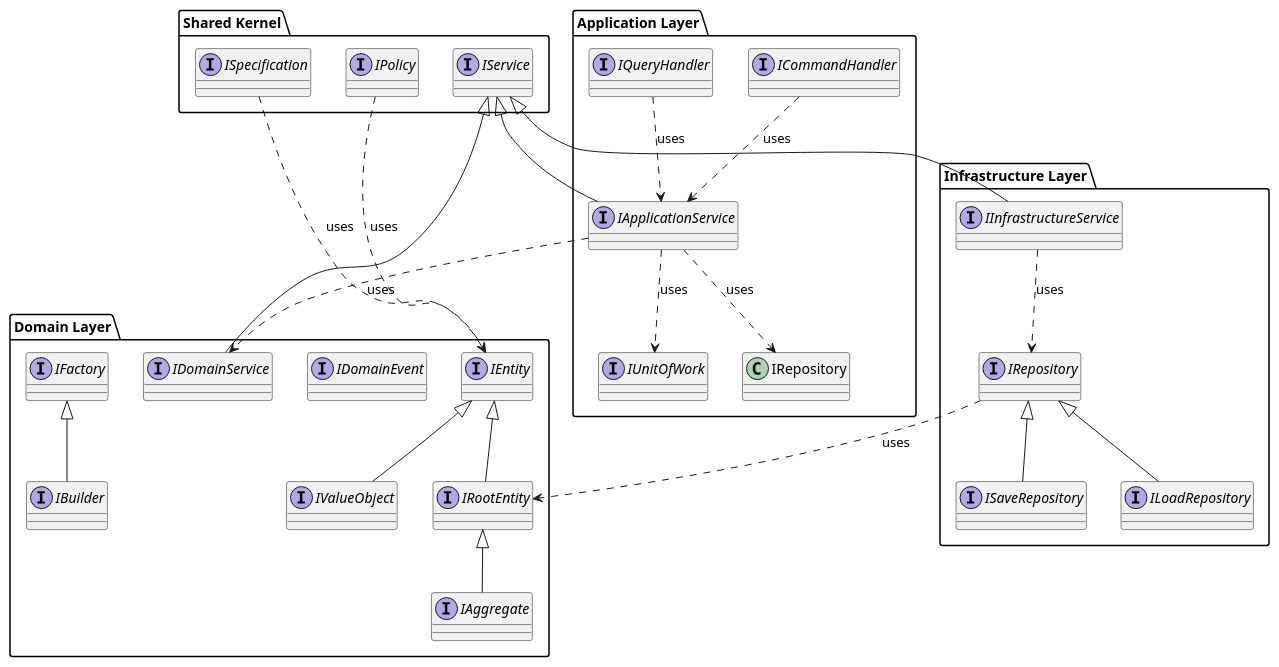
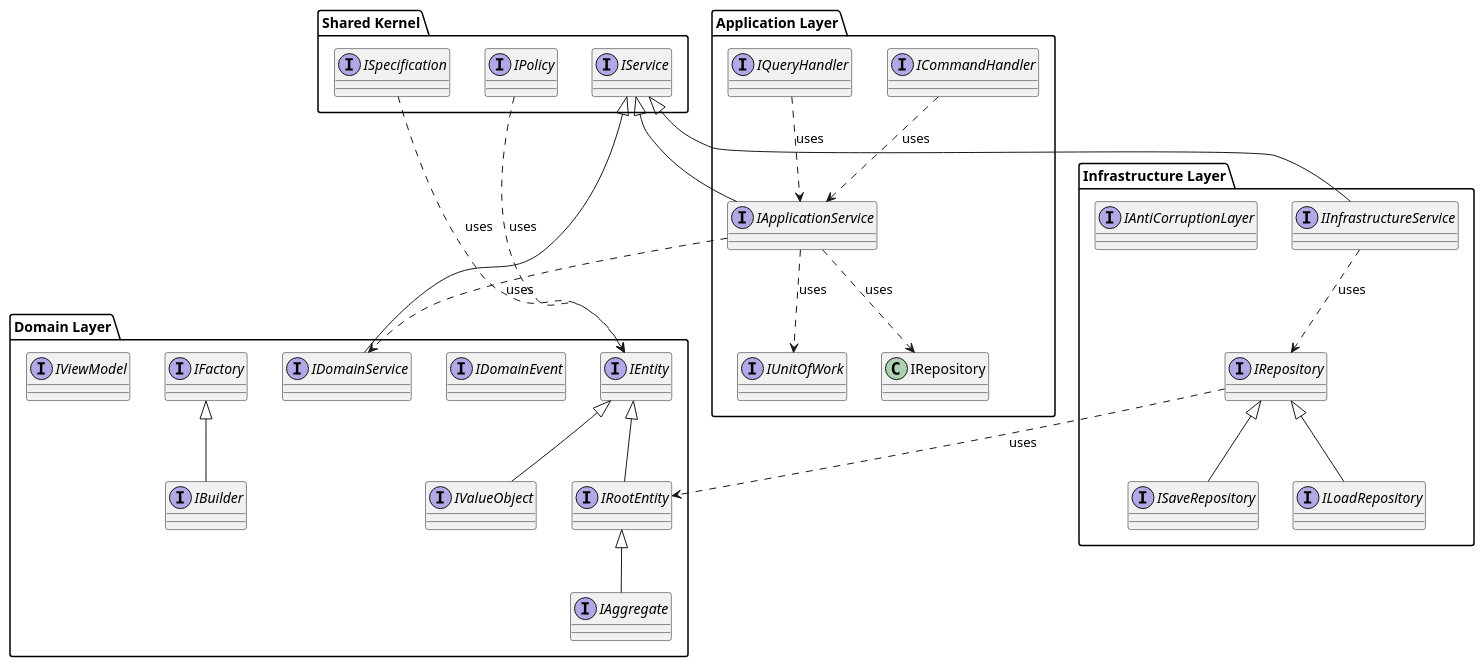
The diagram in pygim-ddd/docs/interfaces.puml (Debith/pygim), drawn with PlantUML before and after one commit. The commit also changed 2 other files, not shown here.

```diff
--- a/pygim-ddd/docs/interfaces.puml
+++ b/pygim-ddd/docs/interfaces.puml
@@ -1,56 +1,58 @@
 @startuml
 
 package "Domain Layer" {
     interface IEntity
     interface IValueObject
     interface IRootEntity
     interface IAggregate
     interface IDomainEvent
     interface IDomainService
     interface IFactory
     interface IBuilder
+    interface IViewModel
 
     IEntity <|-- IRootEntity
     IEntity <|-- IValueObject
     IRootEntity <|-- IAggregate
     IFactory <|-- IBuilder
 }
 
 package "Application Layer" {
     interface IApplicationService
     interface ICommandHandler
     interface IQueryHandler
     interface IUnitOfWork
 
     IApplicationService ..> IDomainService : uses
     IApplicationService ..> IRepository : uses
     IApplicationService ..> IUnitOfWork : uses
     ICommandHandler ..> IApplicationService : uses
     IQueryHandler ..> IApplicationService : uses
 }
 
 package "Infrastructure Layer" {
     interface IRepository
     interface IInfrastructureService
     interface ISaveRepository
     interface ILoadRepository
+    interface IAntiCorruptionLayer
 
     IRepository <|-- ISaveRepository
     IRepository <|-- ILoadRepository
     IRepository ..> IRootEntity : uses
     IInfrastructureService ..> IRepository : uses
 }
 
 package "Shared Kernel" {
     interface IService
     interface ISpecification
     interface IPolicy
 
     IService <|-- IDomainService
     IService <|-- IInfrastructureService
     IService <|-- IApplicationService
     ISpecification ..> IEntity : uses
     IPolicy ..> IEntity : uses
 }
 
 @enduml
```
